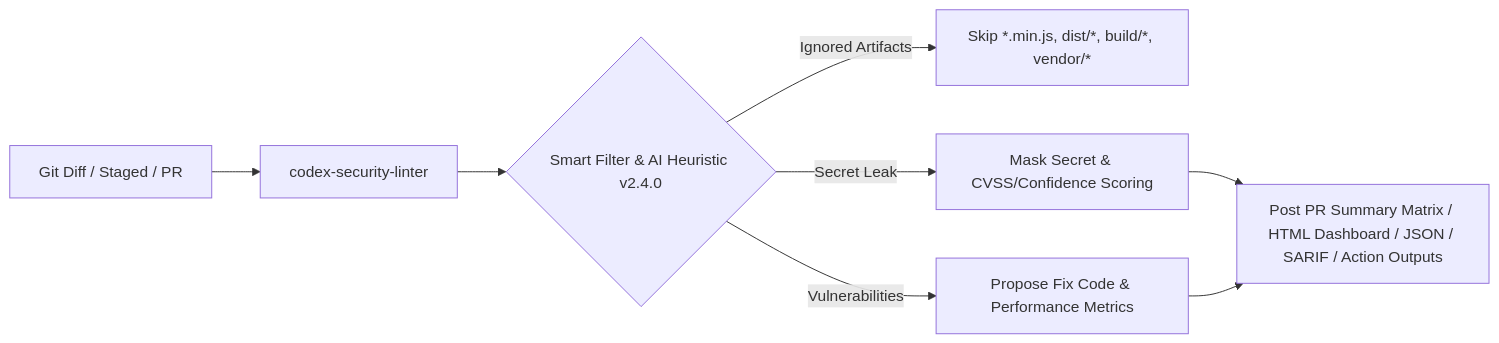
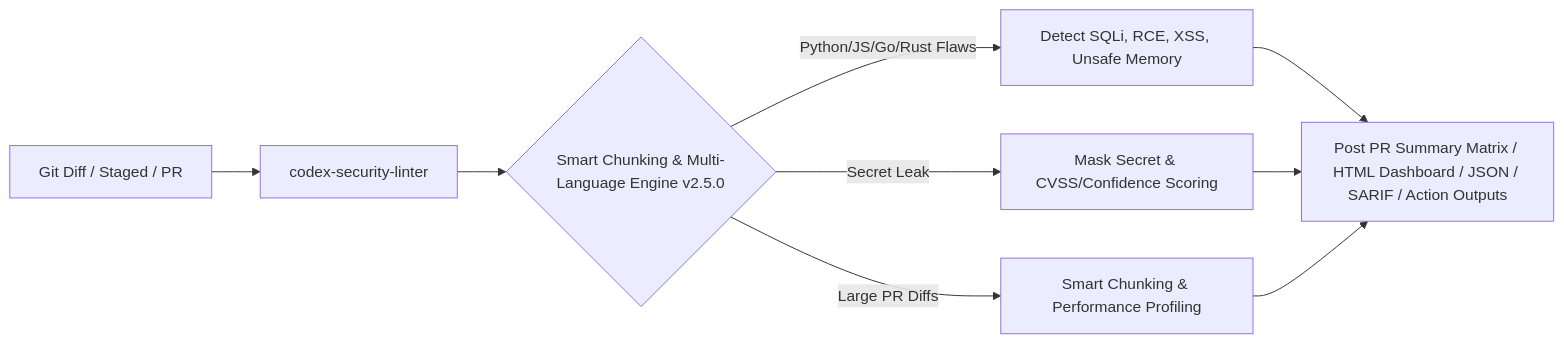
The diagram in README.md (knmt1219/codex-security-linter), drawn with Mermaid before and after one commit. The commit also changed other lines of this file and 3 other files, not shown here.

Commit message:
feat(v2.5.0): add Go/Rust security patterns and smart diff chunking optimizer

````diff
--- a/README.md
+++ b/README.md
@@ -16,9 +16,9 @@
 ```mermaid
 graph LR
     A[Git Diff / Staged / PR] --> B[codex-security-linter]
-    B --> C{Smart Filter & AI Heuristic v2.4.0}
-    C -->|Ignored Artifacts| D[Skip *.min.js, dist/*, build/*, vendor/*]
+    B --> C{Smart Chunking & Multi-Language Engine v2.5.0}
+    C -->|Python/JS/Go/Rust Flaws| D[Detect SQLi, RCE, XSS, Unsafe Memory]
     C -->|Secret Leak| E[Mask Secret & CVSS/Confidence Scoring]
-    C -->|Vulnerabilities| F[Propose Fix Code & Performance Metrics]
-    E & F --> G[Post PR Summary Matrix / HTML Dashboard / JSON / SARIF / Action Outputs]
+    C -->|Large PR Diffs| F[Smart Chunking & Performance Profiling]
+    D & E & F --> G[Post PR Summary Matrix / HTML Dashboard / JSON / SARIF / Action Outputs]
 ```
````
